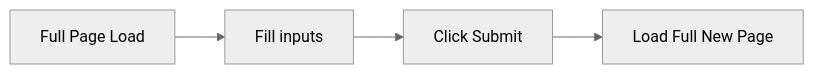
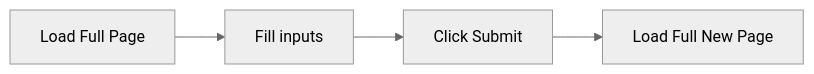
One commit to andrewyoung918/federated-modules-talk changed the second of 2 diagrams in README.md. Above: the diagram before and after it, drawn with Mermaid (neutral theme). The commit also changed other lines of this file and 64 other files, not shown here.

````diff
--- a/README.md
+++ b/README.md
@@ -44,4 +46,4 @@
 ```mermaid
 flowchart LR
-    FP[Full Page Load] --> ED[Fill inputs] --> S[Click Submit] --> PL[Load Full New Page]
+    FP[Load Full Page] --> ED[Fill inputs] --> S[Click Submit] --> PL[Load Full New Page]
 ```
````
